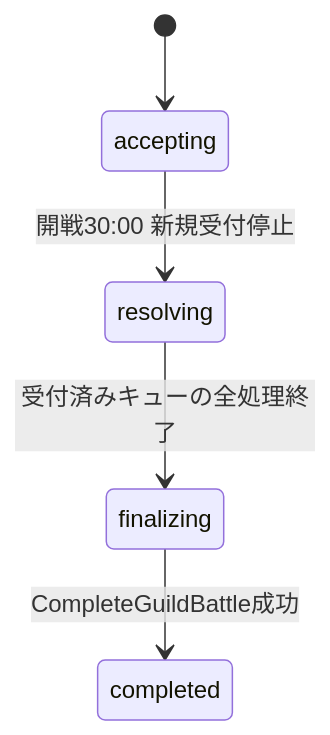
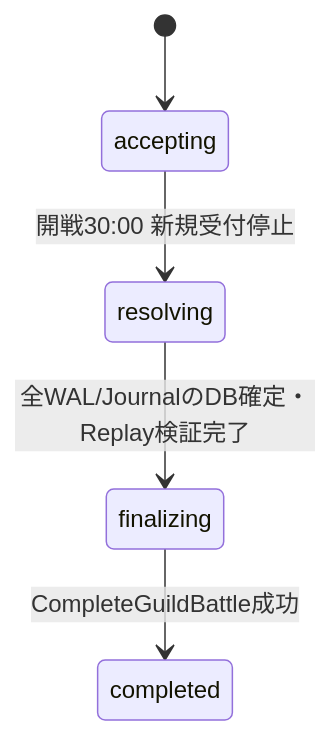
Before and after one commit to ReHydrangeaOdyssey/Specifications: the fifth of 5 diagrams in design/programming/server/guild_battle_runtime.md, drawn with Mermaid. The commit also changed other lines of this file and 25 other files, not shown here.

````diff
--- a/design/programming/server/guild_battle_runtime.md
+++ b/design/programming/server/guild_battle_runtime.md
@@ -192,7 +204,7 @@
 ```mermaid
 stateDiagram-v2
     [*] --> accepting
     accepting --> resolving: 開戦30:00 新規受付停止
-    resolving --> finalizing: 受付済みキューの全処理終了
+    resolving --> finalizing: 全WAL/JournalのDB確定・Replay検証完了
     finalizing --> completed: CompleteGuildBattle成功
 ```
````
